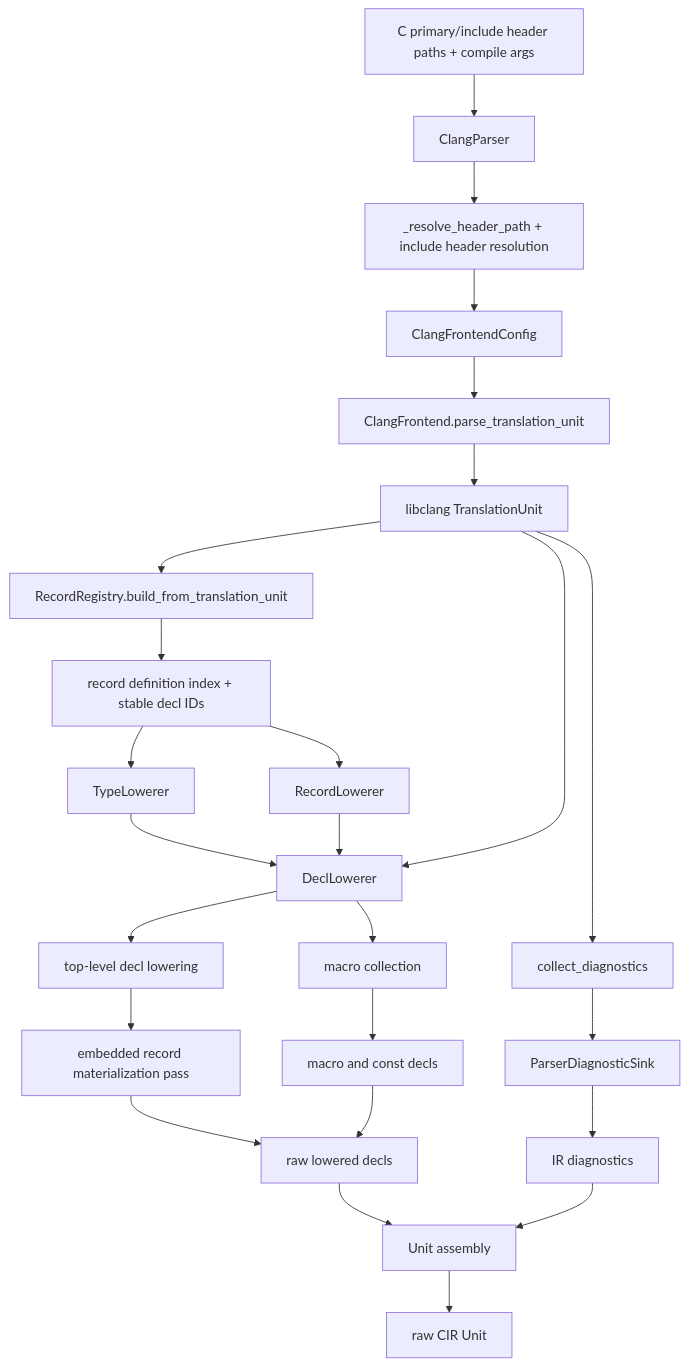
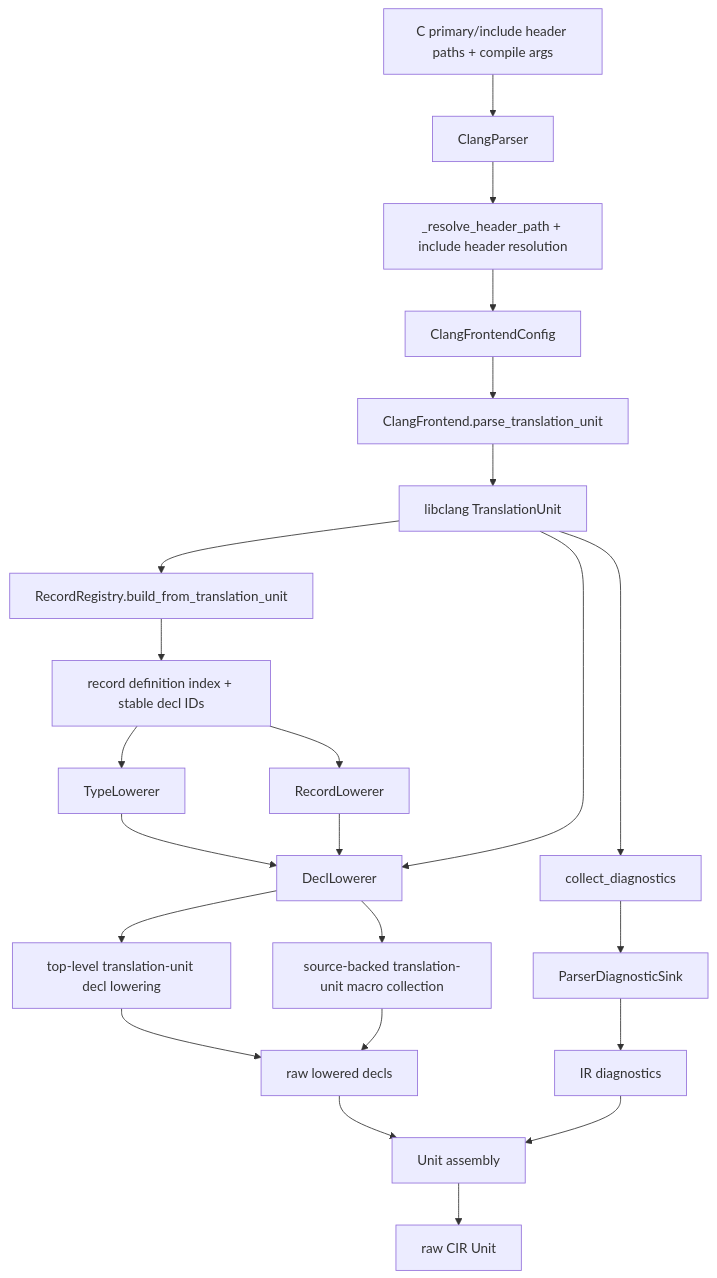
The diagram in docs/parsing_c_to_cir_pipeline.md (MoSafi2/mojo_bindgen), drawn with Mermaid before and after one commit. The commit also changed other lines of this file and 18 other files, not shown here.

Commit message:
Emit translation unit declarations and macros

````diff
--- a/docs/parsing_c_to_cir_pipeline.md
+++ b/docs/parsing_c_to_cir_pipeline.md
@@ -9,33 +9,30 @@
 ```mermaid
 flowchart TD
     A[C primary/include header paths + compile args] --> B[ClangParser]
     B --> C[_resolve_header_path + include header resolution]
     C --> D[ClangFrontendConfig]
     D --> E[ClangFrontend.parse_translation_unit]
     E --> F[libclang TranslationUnit]
 
     F --> G[collect_diagnostics]
     G --> H[ParserDiagnosticSink]
 
     F --> I[RecordRegistry.build_from_translation_unit]
     I --> J[record definition index + stable decl IDs]
 
     J --> K[TypeLowerer]
     J --> L[RecordLowerer]
     K --> M[DeclLowerer]
     L --> M
     F --> M
 
-    M --> N[top-level decl lowering]
-    M --> O[macro collection]
-    N --> P[embedded record materialization pass]
-    O --> Q[macro and const decls]
+    M --> N[top-level translation-unit decl lowering]
+    M --> O[source-backed translation-unit macro collection]
+    N --> P[raw lowered decls]
+    O --> P
+    H --> Q[IR diagnostics]
+    P --> R[Unit assembly]
+    Q --> R
 
-    P --> R[raw lowered decls]
-    Q --> R
-    H --> S[IR diagnostics]
-    R --> T[Unit assembly]
-    S --> T
-
-    T --> U[raw CIR Unit]
+    R --> S[raw CIR Unit]
 ```
````
